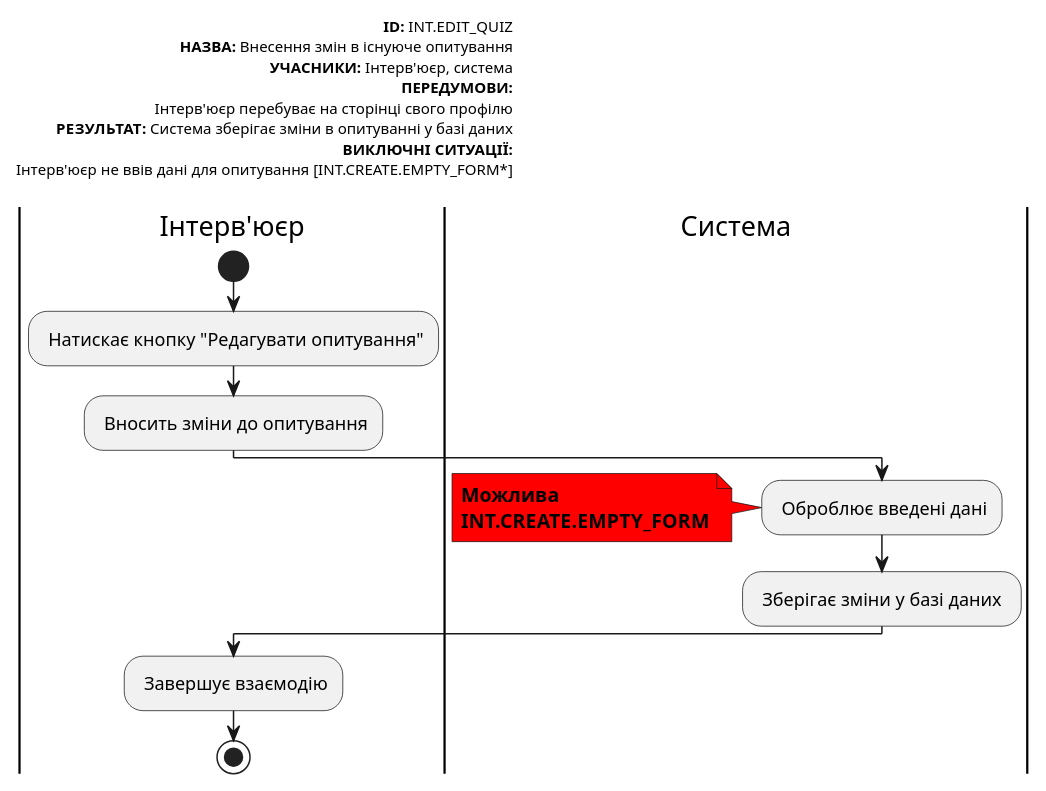
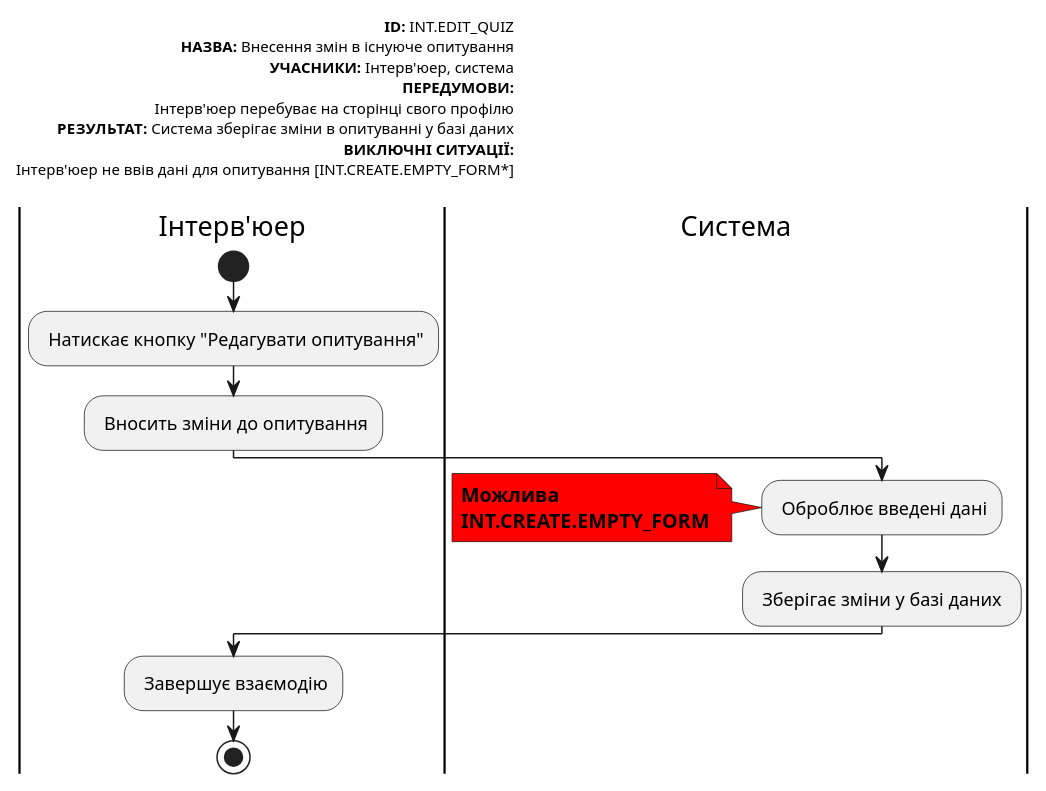
Before and after one commit to michigang1/ImForms: the eighth of 22 diagrams in docs/use cases/README.md, drawn with PlantUML. The commit also changed other lines of this file, not shown here.

```diff
--- a/docs/use cases/README.md
+++ b/docs/use cases/README.md
@@ -229,33 +229,33 @@
 @startuml
 left header
 <font color=000 size=10><b>ID:</b> INT.EDIT_QUIZ
 <font color=000 size=10><b>НАЗВА:</b> Внесення змін в існуюче опитування   
-<font color=000 size=10><b>УЧАСНИКИ:</b> Інтерв'юєр, система
+<font color=000 size=10><b>УЧАСНИКИ:</b> Інтерв'юер, система
 <font color=000 size=10><b>ПЕРЕДУМОВИ:</b>
-<font color=000 size=10> Інтерв'юєр перебуває на сторінці свого профілю
+<font color=000 size=10> Інтерв'юер перебуває на сторінці свого профілю
 <font color=000 size=10><b>РЕЗУЛЬТАТ:</b> Система зберігає зміни в опитуванні у базі даних
 <font color=000 size=10><b>ВИКЛЮЧНІ СИТУАЦІЇ:</b>
-<font color=000 size=10> Інтерв'юєр не ввів дані для опитування [INT.CREATE.EMPTY_FORM*]
+<font color=000 size=10> Інтерв'юер не ввів дані для опитування [INT.CREATE.EMPTY_FORM*]
 
 end header
 
-|Інтерв'юєр|
+|Інтерв'юер|
         start
         : Натискає кнопку "Редагувати опитування";
         : Вносить зміни до опитування;
 
        
 
 |Система|
         : Оброблює введені дані; 
 
         note left #ff0000
         <b>Можлива</b>
         <b>INT.CREATE.EMPTY_FORM</b>
         end note
         : Зберігає зміни у базі даних ;
 
-|Інтерв'юєр|
+|Інтерв'юер|
         : Завершує взаємодію;
         stop;
 @enduml
```
